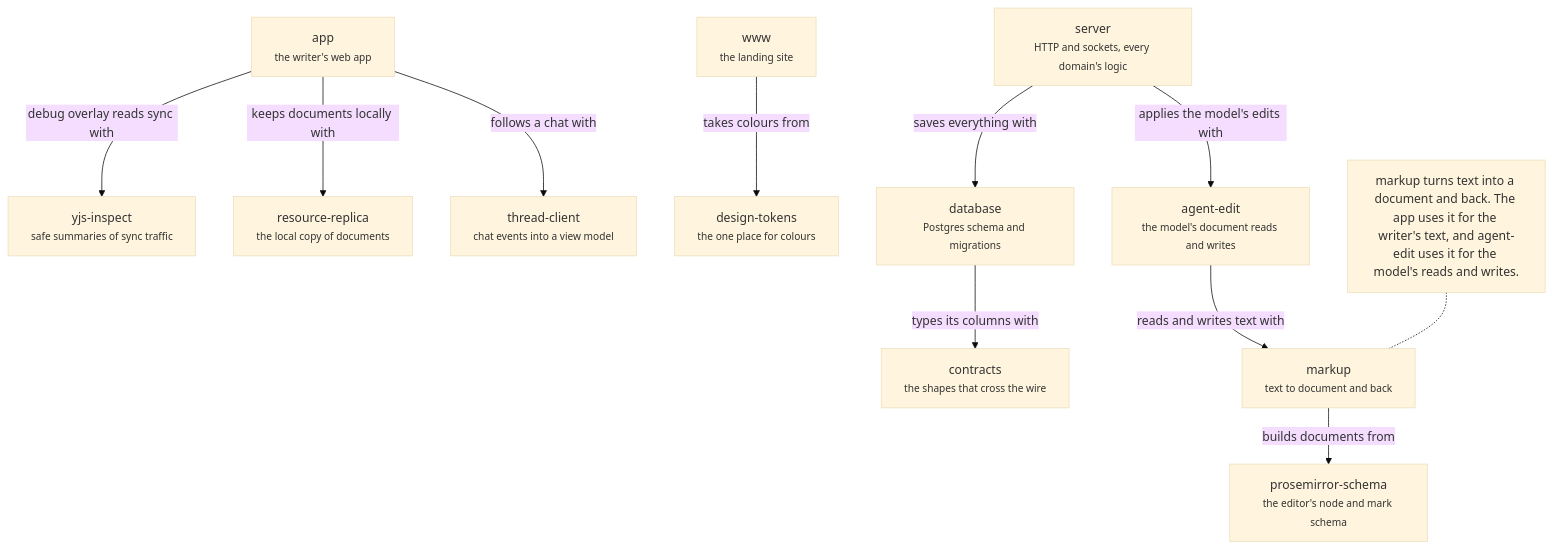
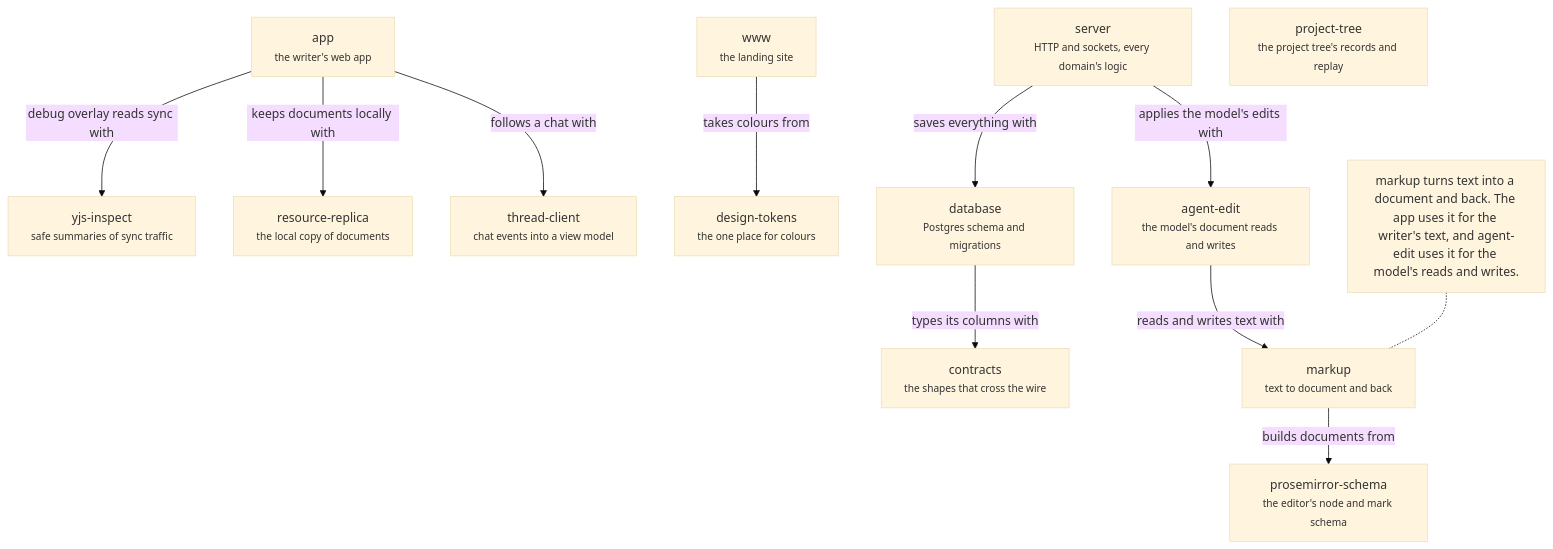
One commit to haowjy/meridian-flow changed the diagram in .context/system-architecture/code.md. Above: the diagram before and after it, drawn with Mermaid (base theme). The commit also changed other lines of this file and 23 other files, not shown here.

First line of the commit message:
Add @meridian/project-tree: the tree's records, replay, Apply/Discard/Undo and admission check

````diff
--- a/.context/system-architecture/code.md
+++ b/.context/system-architecture/code.md
@@ -9,26 +9,27 @@
 ```mermaid
 flowchart TB
   app["app<br/><small>the writer's web app</small>"]:::module
   server["server<br/><small>HTTP and sockets, every domain's logic</small>"]:::module
   www["www<br/><small>the landing site</small>"]:::module
   thread-client["thread-client<br/><small>chat events into a view model</small>"]:::package
   resource-replica["resource-replica<br/><small>the local copy of documents</small>"]:::package
   agent-edit["agent-edit<br/><small>the model's document reads and writes</small>"]:::package
+  project-tree["project-tree<br/><small>the project tree's records and replay</small>"]:::package
   markup["markup<br/><small>text to document and back</small>"]:::package
   prosemirror-schema["prosemirror-schema<br/><small>the editor's node and mark schema</small>"]:::package
   database["database<br/><small>Postgres schema and migrations</small>"]:::package
   contracts["contracts<br/><small>the shapes that cross the wire</small>"]:::package
   design-tokens["design-tokens<br/><small>the one place for colours</small>"]:::package
   yjs-inspect["yjs-inspect<br/><small>safe summaries of sync traffic</small>"]:::package
   app -->|"follows a chat with"| thread-client
   app -->|"keeps documents locally with"| resource-replica
   server -->|"applies the model's edits with"| agent-edit
   server -->|"saves everything with"| database
   agent-edit -->|"reads and writes text with"| markup
   markup -->|"builds documents from"| prosemirror-schema
   database -->|"types its columns with"| contracts
   www -->|"takes colours from"| design-tokens
   app -->|"debug overlay reads sync with"| yjs-inspect
   note1["markup turns text into a document and back. The app uses it for the writer's text, and agent-edit uses it for the model's reads and writes."]:::note
   note1 -.- markup
 ```
````
